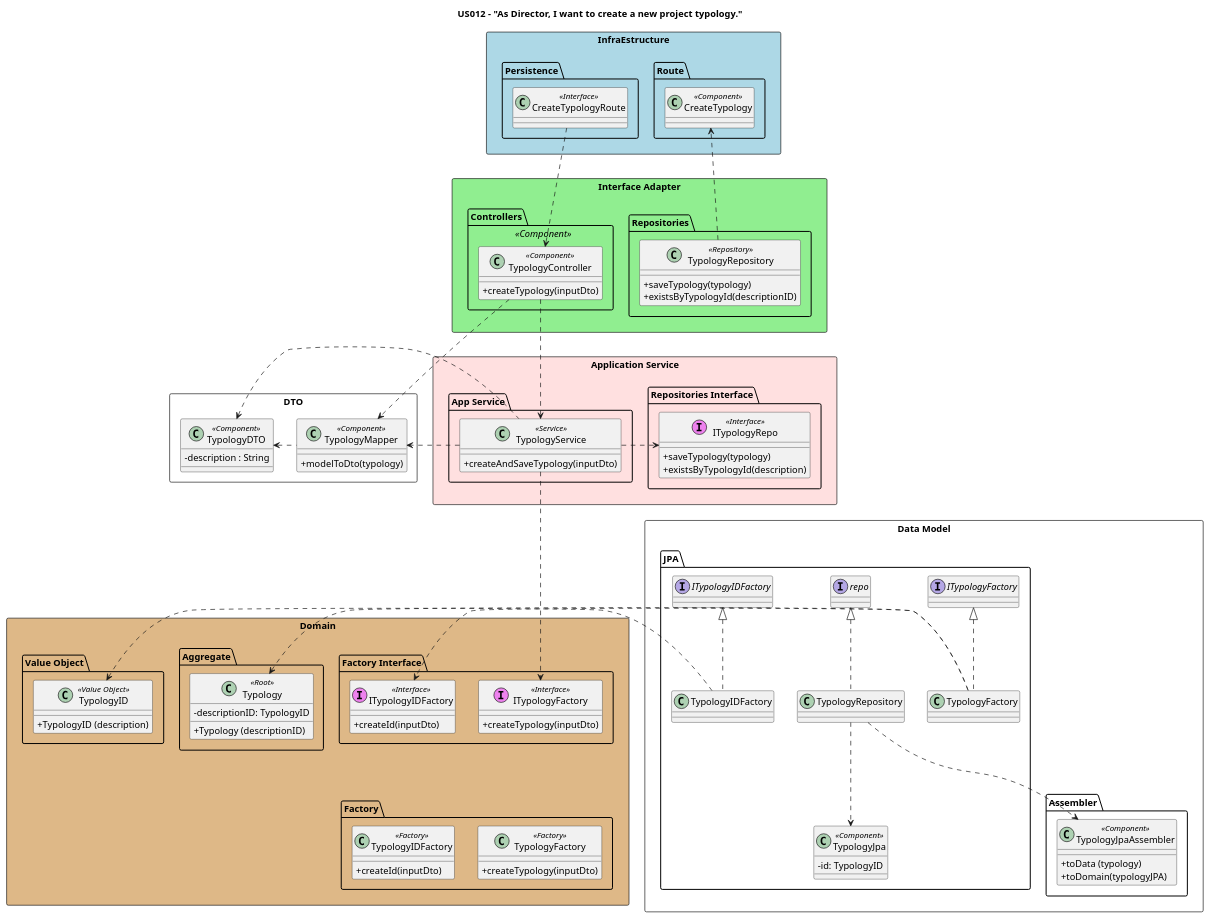
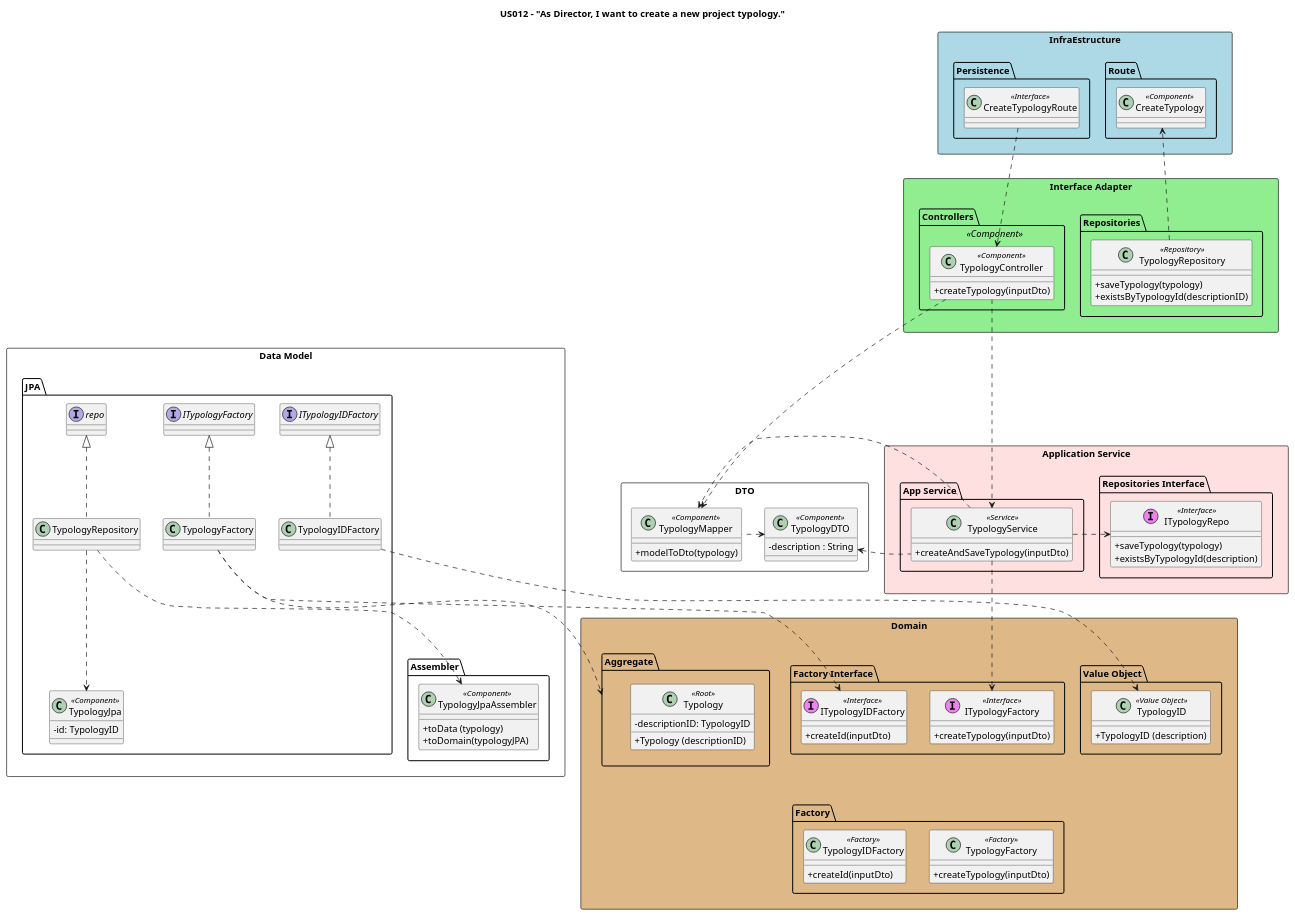
The diagram in docs/Sprint1/US012/US012-CD.puml (nunogon1211787/projectManagement), drawn with PlantUML before and after one commit. The commit also changed 8 other files, not shown here.

```diff
--- a/docs/Sprint1/US012/US012-CD.puml
+++ b/docs/Sprint1/US012/US012-CD.puml
@@ -1,136 +1,136 @@
 @startuml
 
 skinparam classAttributeIconSize 0
 
 title US012 - "As Director, I want to create a new project typology."
 
 package "InfraEstructure" <<Rectangle>> #lightblue {
 
     package "Route"{
     class "CreateTypology" as route <<Component>>
     }
 
     package "Persistence" {
     class CreateTypologyRoute <<Interface>>{
     }
 }
 }
 
 package "Interface Adapter" <<Rectangle>> #lightgreen{
 package "Controllers" <<Component>>{
     class TypologyController <<Component>>{
     +createTypology(inputDto)
     }
     }
 
     package "Repositories" <<Folder>>{
     class TypologyRepository <<Repository>>{
     +saveTypology(typology)
     +existsByTypologyId(descriptionID)
     }
 }
 }
 
 package "DTO" <<Rectangle>> {
     class TypologyDTO <<Component>> {
     -description : String
     }
 
     class TypologyMapper <<Component>> {
     +modelToDto(typology)
     }
 }
 
 package "Application Service" <<Rectangle>> #implementation {
     package "App Service" {
         class TypologyService <<Service>>{
         +createAndSaveTypology(inputDto)
         }
     }
     package "Repositories Interface" {
         class "ITypologyRepo" as repo <<(I, Violet) Interface>> {
             +saveTypology(typology)
             +existsByTypologyId(description)
         }
     }
 
 }
 
 
 package "Domain" <<Rectangle>>#burlywood  {
     package "Factory" {
 
         class TypologyFactory <<Factory>> {
         +createTypology(inputDto)
         }
 
         class TypologyIDFactory <<Factory>> {
         +createId(inputDto)
         }
 
 
     }
 
      package "Factory Interface" {
 
       class ITypologyFactory <<(I, Violet) Interface>> {
       +createTypology(inputDto)
           }
 
       class ITypologyIDFactory <<(I, Violet) Interface>> {
       +createId(inputDto)
            }
 
      }
 
     package "Aggregate" {
         class Typology <<Root>>{
             -descriptionID: TypologyID
             +Typology (descriptionID)
         }
     }
     package "Value Object"  {
         class TypologyID <<Value Object>>{
         +TypologyID (description)
         }
 
     }
 }
 
     package "Data Model" <<Rectangle>>{
     package "Assembler" <<Folder>> {
         class "TypologyJpaAssembler" as assemblerjpa <<Component>> {
         +toData (typology)
         +toDomain(typologyJPA)
         }
      }
 
 
     package "JPA" <<Folder>> {
         class "TypologyJpa" as UPjpa <<Component>> {
         -id: TypologyID
         }
 
 
 CreateTypologyRoute -down..> TypologyController
 TypologyRepository -down..> route
 TypologyController -down..> TypologyService
 TypologyController -right..> TypologyMapper
 TypologyService -right..> TypologyMapper
 TypologyMapper -left..>TypologyDTO
 TypologyService -right..> repo
 TypologyService -down..> ITypologyFactory
 TypologyFactory -up[hidden]..> ITypologyFactory
 class TypologyFactory implements ITypologyFactory
-TypologyFactory -left..> Typology
+TypologyFactory -right..> Aggregate
 repo -up[hidden]..> TypologyRepository
 class TypologyRepository implements repo
 TypologyFactory -right..> ITypologyIDFactory
 TypologyIDFactory -up[hidden]..> ITypologyIDFactory
 class TypologyIDFactory implements ITypologyIDFactory
 TypologyIDFactory -down..> TypologyID
 TypologyService -left..> TypologyDTO
 TypologyRepository...> assemblerjpa
 TypologyRepository...> UPjpa
 
 @enduml
```
